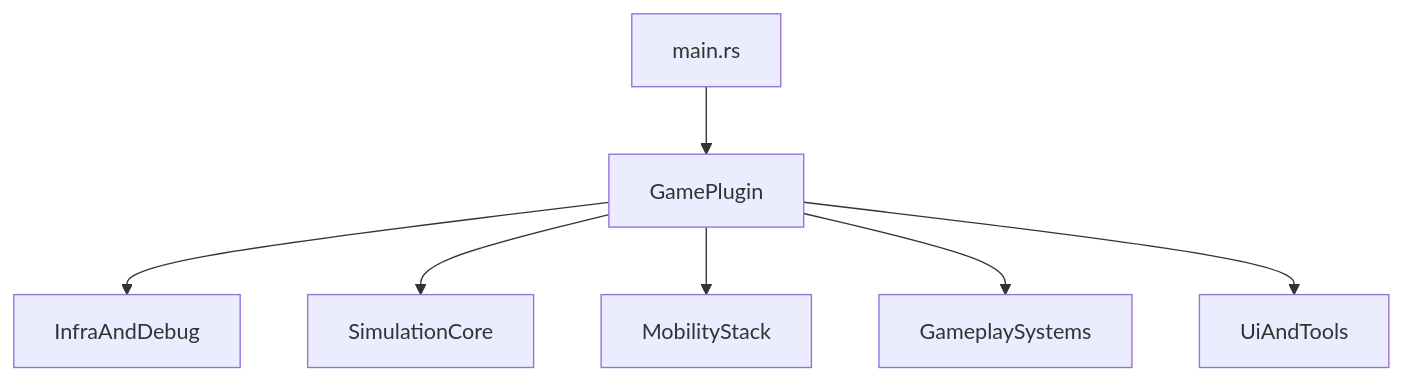
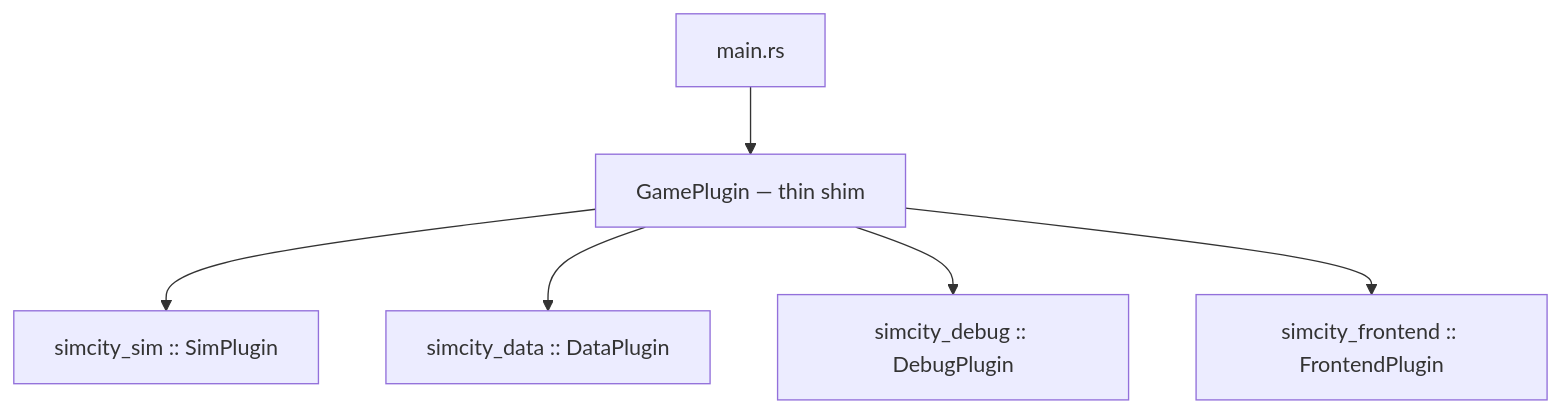
One commit to grgrwlkr/SimCity changed the diagram in docs/architecture.md. Above: the diagram before and after it, drawn with Mermaid. The commit also changed other lines of this file and 16 other files, not shown here.

````diff
--- a/docs/architecture.md
+++ b/docs/architecture.md
@@ -20,17 +20,15 @@
 ```mermaid
 flowchart TD
   Main[main.rs]
-  GamePlugin[GamePlugin]
-  Infra[InfraAndDebug]
-  Simulation[SimulationCore]
-  Mobility[MobilityStack]
-  Gameplay[GameplaySystems]
-  UiLayer[UiAndTools]
+  GamePlugin[GamePlugin — thin shim]
+  Sim[simcity_sim :: SimPlugin]
+  Data[simcity_data :: DataPlugin]
+  Debug[simcity_debug :: DebugPlugin]
+  Frontend[simcity_frontend :: FrontendPlugin]
 
   Main --> GamePlugin
-  GamePlugin --> Infra
-  GamePlugin --> Simulation
-  GamePlugin --> Mobility
-  GamePlugin --> Gameplay
-  GamePlugin --> UiLayer
+  GamePlugin --> Sim
+  GamePlugin --> Data
+  GamePlugin --> Debug
+  GamePlugin --> Frontend
 ```
````
